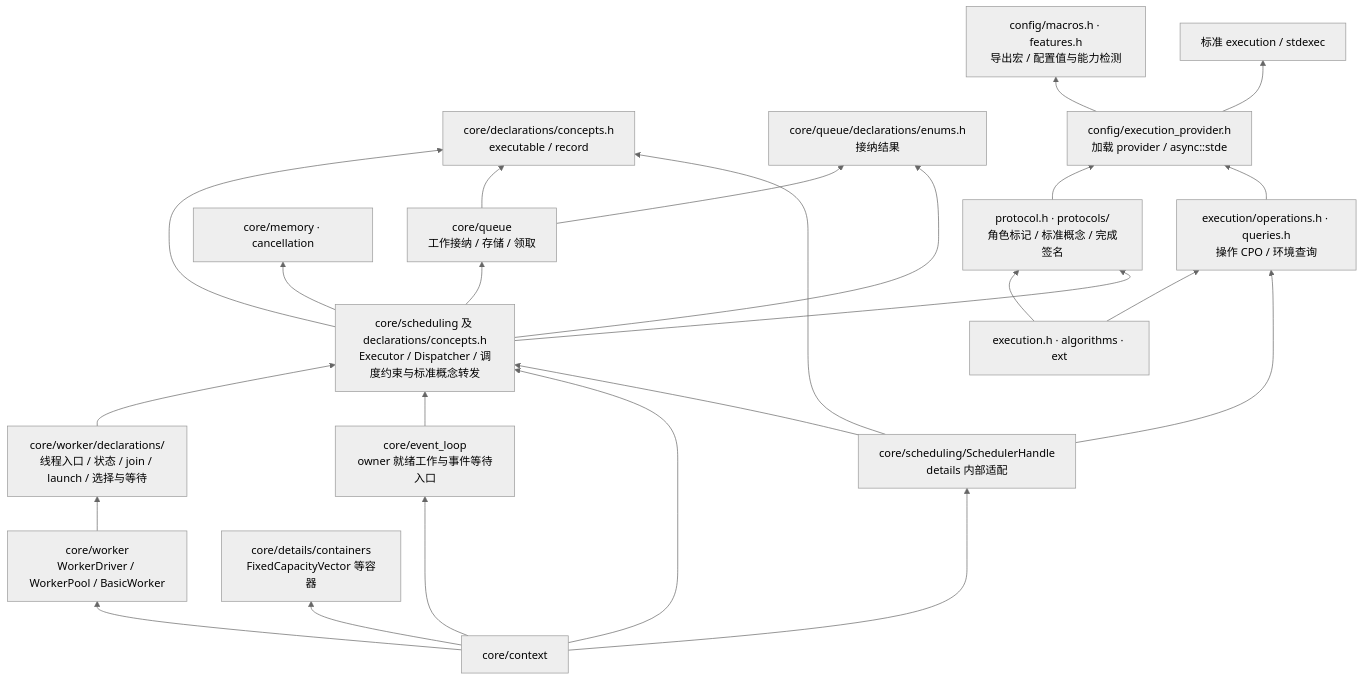
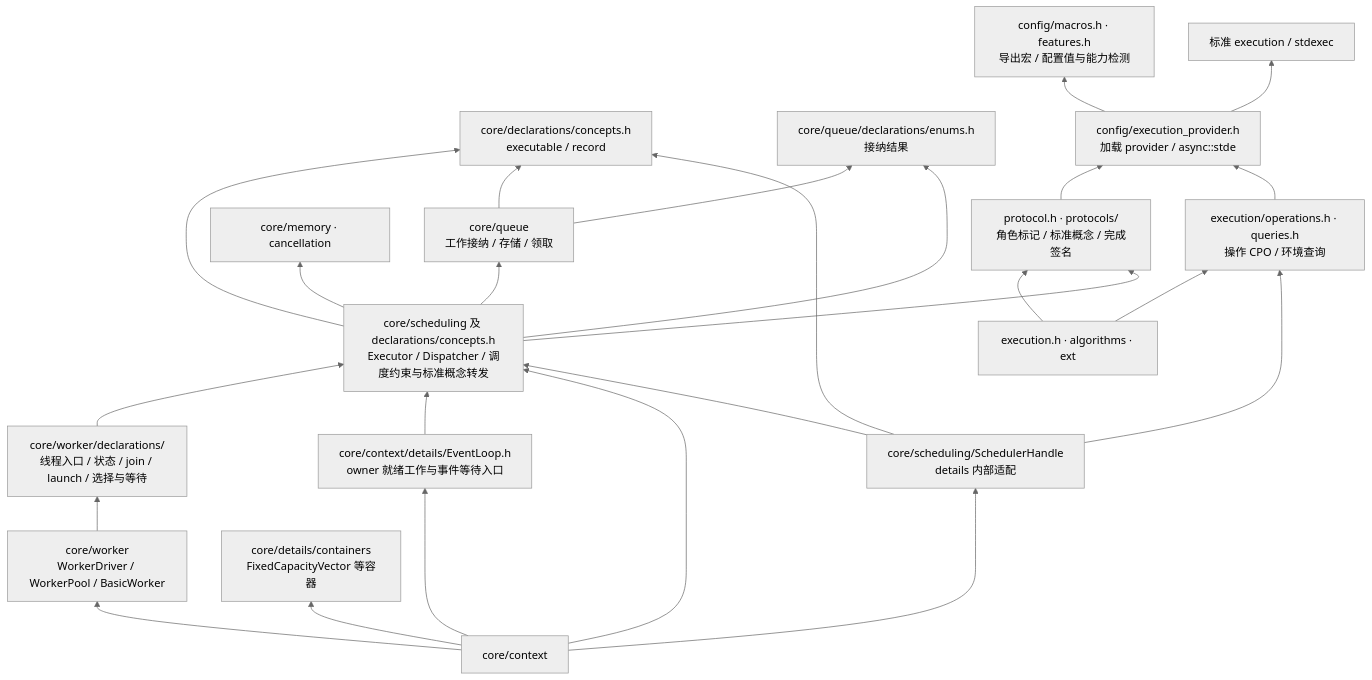
Before and after one commit to mmmmmcree/async: the first of 4 diagrams in CORE_DESIGN.md, drawn with Mermaid (neutral theme). The commit also changed other lines of this file and 4 other files, not shown here.

````diff
--- a/CORE_DESIGN.md
+++ b/CORE_DESIGN.md
@@ -45,44 +45,44 @@
 ```mermaid
 flowchart BT
     P["core/declarations/concepts.h<br/>executable / record"]
     B["core/queue/declarations/enums.h<br/>接纳结果"]
     Q["core/queue<br/>工作接纳 / 存储 / 领取"]
     T["core/worker/declarations/<br/>线程入口 / 状态 / join / launch / 选择与等待"]
     W["core/worker<br/>WorkerDriver / WorkerPool / BasicWorker"]
-    L["core/event_loop<br/>owner 就绪工作与事件等待入口"]
+    L["core/context/details/EventLoop.h<br/>owner 就绪工作与事件等待入口"]
     M["core/memory · cancellation"]
     K["core/details/containers<br/>FixedCapacityVector 等容器"]
     R["core/scheduling 及 declarations/concepts.h<br/>Executor / Dispatcher / 调度约束与标准概念转发"]
     C["core/context"]
     EP["protocol.h · protocols/<br/>角色标记 / 标准概念 / 完成签名"]
     O["execution/operations.h · queries.h<br/>操作 CPO / 环境查询"]
     E["execution.h · algorithms · ext"]
     F["config/execution_provider.h<br/>加载 provider / async::stde"]
     FM["config/macros.h · features.h<br/>导出宏 / 配置值与能力检测"]
     S["标准 execution / stdexec"]
     A["core/scheduling/SchedulerHandle<br/>details 内部适配"]
     R --> P
     R --> Q
     Q --> B
     Q --> P
     R --> B
     W --> T
     T --> R
     L --> R
     R --> M
     C --> R
     C --> A
     C --> K
     C --> W
     C --> L
     E --> EP
     E --> O
     EP --> F
     O --> F
     F --> FM
     F --> S
     R --> EP
     A --> R
     A --> P
     A --> O
 ```
````
